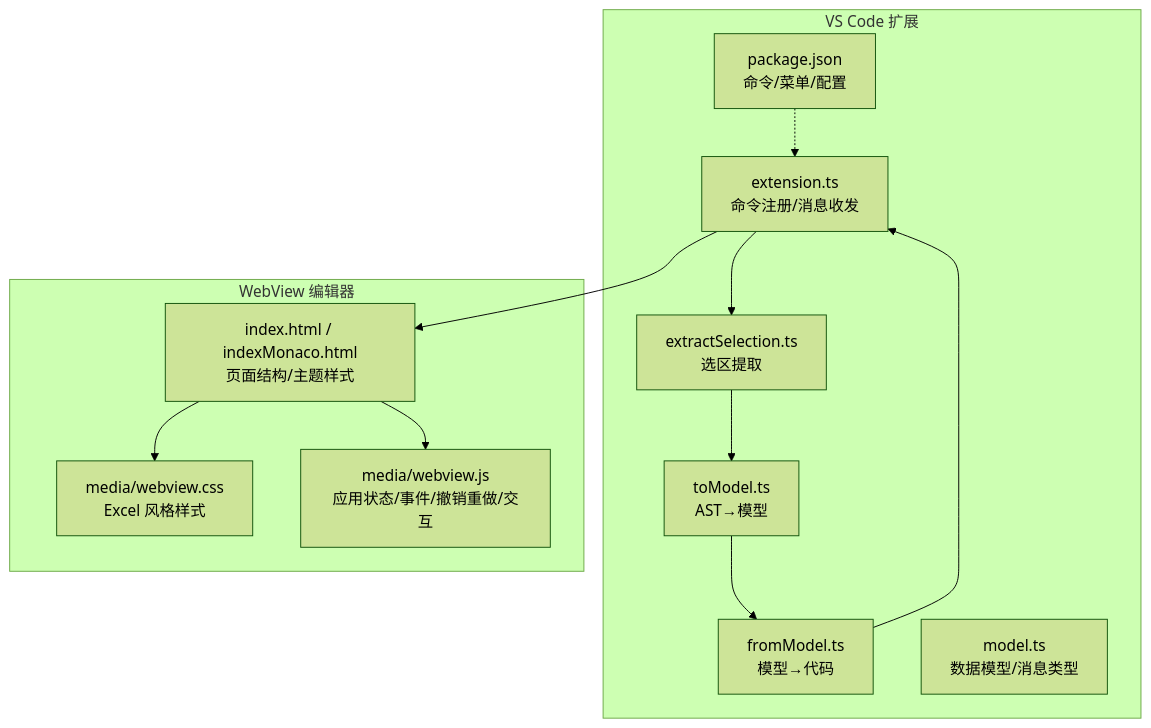
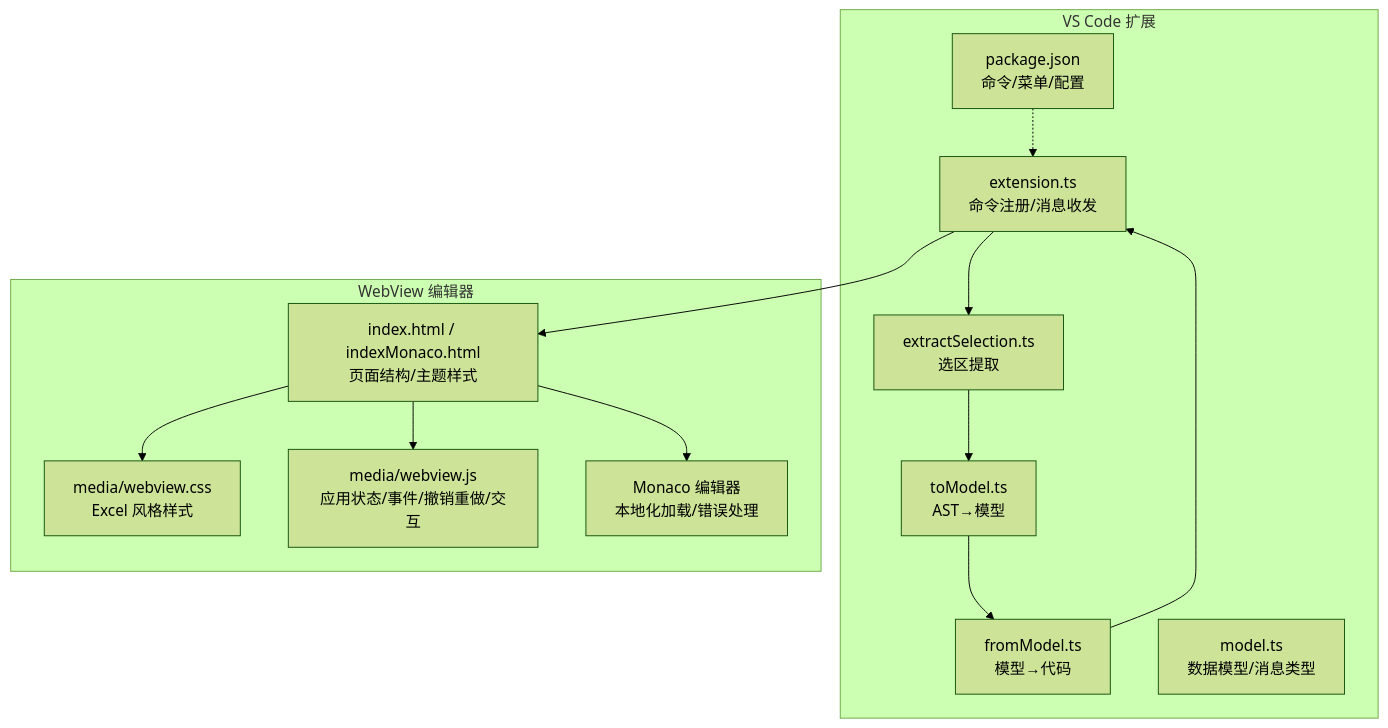
One commit to meiok1/wysjson changed the first of 7 diagrams in .qoder/repowiki/zh/content/高级功能特性/编辑器功能.md. Above: the diagram before and after it, drawn with Mermaid (forest theme). The commit also changed other lines of this file and 390 other files, not shown here.

````diff
--- a/.qoder/repowiki/zh/content/高级功能特性/编辑器功能.md
+++ b/.qoder/repowiki/zh/content/高级功能特性/编辑器功能.md
@@ -39,21 +50,23 @@
 ```mermaid
 graph TB
 subgraph "VS Code 扩展"
 EXT["extension.ts<br/>命令注册/消息收发"]
 SEL["extractSelection.ts<br/>选区提取"]
 TOM["toModel.ts<br/>AST→模型"]
 FROM["fromModel.ts<br/>模型→代码"]
 MOD["model.ts<br/>数据模型/消息类型"]
 PKG["package.json<br/>命令/菜单/配置"]
 end
 subgraph "WebView 编辑器"
 HTML["index.html / indexMonaco.html<br/>页面结构/主题样式"]
 CSS["media/webview.css<br/>Excel 风格样式"]
 JS["media/webview.js<br/>应用状态/事件/撤销重做/交互"]
+MONACO["Monaco 编辑器<br/>本地化加载/错误处理"]
 end
 EXT --> SEL --> TOM --> FROM --> EXT
 EXT --> HTML
 HTML --> CSS
 HTML --> JS
+HTML --> MONACO
 PKG -.-> EXT
 ```
````
